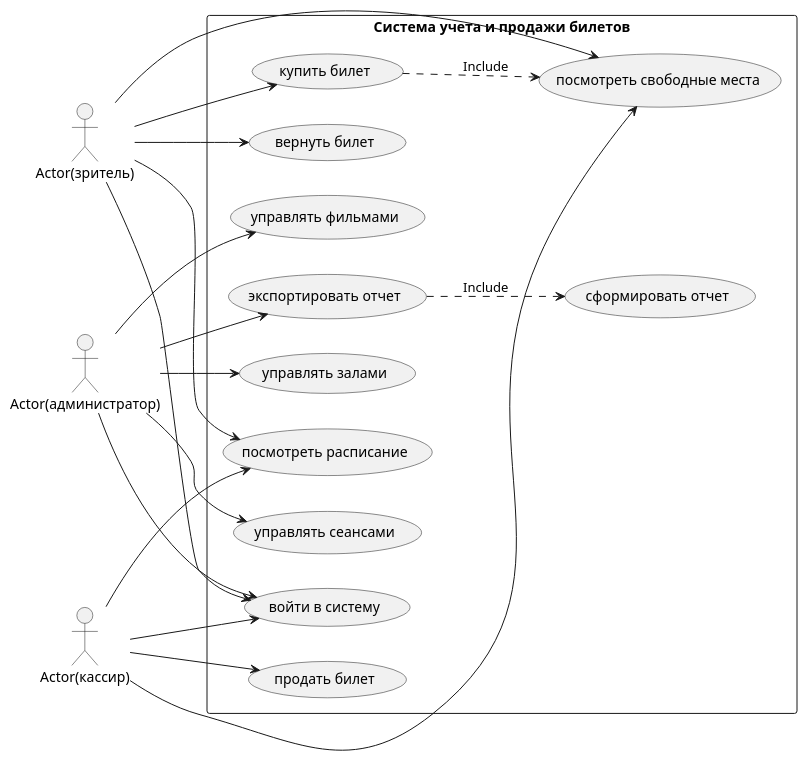
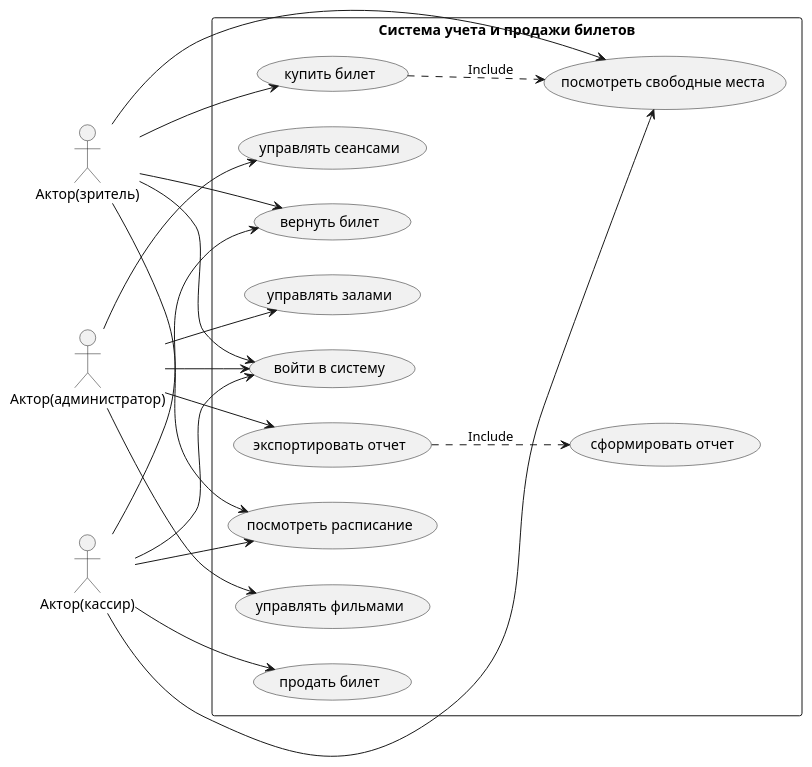
One commit to 4dmif/CinemaTickets changed the diagram in docs/diagrams/usecase.puml. Above: the diagram before and after it, drawn with PlantUML. The commit also changed 1 other file, not shown here.

```diff
--- a/docs/diagrams/usecase.puml
+++ b/docs/diagrams/usecase.puml
@@ -1,46 +1,44 @@
-@startuml `Usecase
-
+@startuml
 left to right direction
 skinparam packageStyle rectangle
 
-
-
-actor "Actor(зритель)" as User
-actor "Actor(кассир)" as Cashier
-actor "Actor(администратор)" as Admin
+actor "Актор(зритель)" as User
+actor "Актор(кассир)" as Cashier
+actor "Актор(администратор)" as Admin
 
 package "Система учета и продажи билетов" {
   usecase "войти в систему" as UC_Login
   usecase "купить билет" as UC_Buy
   usecase "вернуть билет" as UC_Return
   usecase "посмотреть расписание" as UC_Schedule
   usecase "посмотреть свободные места" as UC_Seats
   usecase "продать билет" as UC_Sell
   usecase "управлять залами" as UC_Stock
   usecase "управлять сеансами" as UC_Sessions
   usecase "управлять фильмами" as UC_Films
   usecase "экспортировать отчет" as UC_Export
   usecase "сформировать отчет" as UC_Report
 }
 
 User --> UC_Login
 User --> UC_Buy
 User --> UC_Return
 User --> UC_Schedule
 User --> UC_Seats
 
+Cashier --> UC_Login
 Cashier --> UC_Sell
+Cashier --> UC_Return
+Cashier --> UC_Schedule
 Cashier --> UC_Seats
-Cashier --> UC_Schedule
-Cashier --> UC_Login
 
+Admin --> UC_Login
 Admin --> UC_Stock
 Admin --> UC_Sessions
-Admin --> UC_Login
 Admin --> UC_Films
 Admin --> UC_Export
 
 UC_Buy ..> UC_Seats : Include
 UC_Export ..> UC_Report : Include
 
 @enduml
```
